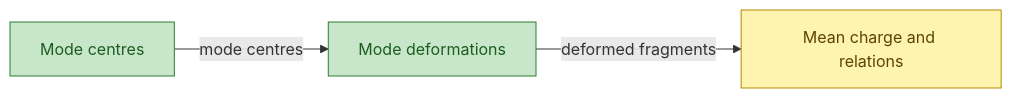
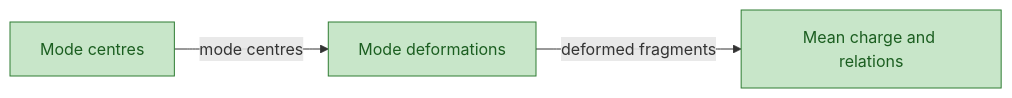
Before and after one commit to aurja130/GEF_Cpp: diagram 26 of 36 in Planning/DBC/CONCEPTS.md, drawn with Mermaid. The commit also changed other lines of this file and 20 other files, not shown here.

````diff
--- a/Planning/DBC/CONCEPTS.md
+++ b/Planning/DBC/CONCEPTS.md
@@ -889,11 +889,10 @@
 ```mermaid
 flowchart LR
 classDef implemented fill:#c8e6c9,stroke:#2e7d32,color:#1b5e20
 classDef partial fill:#fff3b0,stroke:#b58900,color:#5c4400
 classDef planned stroke-dasharray:6 4
 classDef external fill:#eeeeee,stroke:#9e9e9e,stroke-dasharray:1 3,color:#616161
 ModeCentres["Mode centres"] -->|mode centres| ModeDeformations["Mode deformations"]
 ModeDeformations -->|deformed fragments| MeanChargeAndRelations["Mean charge and relations"]
-class ModeCentres,ModeDeformations implemented
-class MeanChargeAndRelations partial
+class ModeCentres,ModeDeformations,MeanChargeAndRelations implemented
 ```
````
